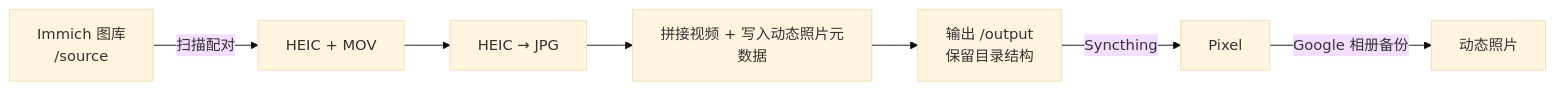
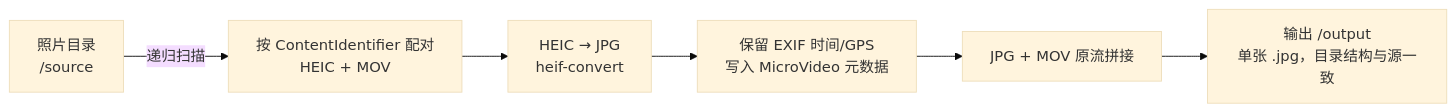
Before and after one commit to AndreasByrsting/live2motion: the diagram in README.md, drawn with Mermaid (base theme). The commit also changed other lines of this file and 38 other files, not shown here.

````diff
--- a/README.md
+++ b/README.md
@@ -7,9 +12,8 @@
 ```mermaid
 flowchart LR
-    A["Immich 图库<br/>/source"] -->|扫描配对| B["HEIC + MOV"]
-    B --> C["HEIC → JPG"]
-    C --> D["拼接视频 + 写入动态照片元数据"]
-    D --> E["输出 /output<br/>保留目录结构"]
-    E -->|Syncthing| F["Pixel"]
-    F -->|Google 相册备份| G["动态照片"]
+    A["照片目录<br/>/source"] -->|递归扫描| B["按 ContentIdentifier 配对<br/>HEIC + MOV"]
+    B --> C["HEIC → JPG<br/>heif-convert"]
+    C --> D["保留 EXIF 时间/GPS<br/>写入 MicroVideo 元数据"]
+    D --> E["JPG + MOV 原流拼接"]
+    E --> F["输出 /output<br/>单张 .jpg，目录结构与源一致"]
 ```
````
